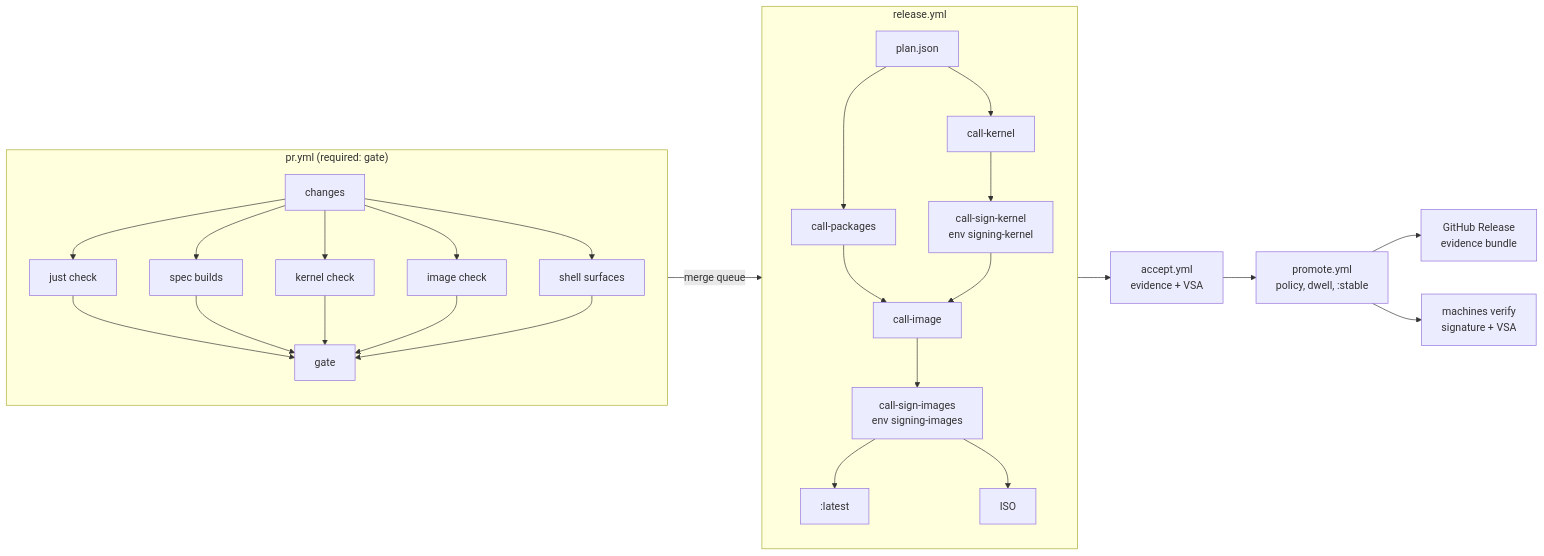
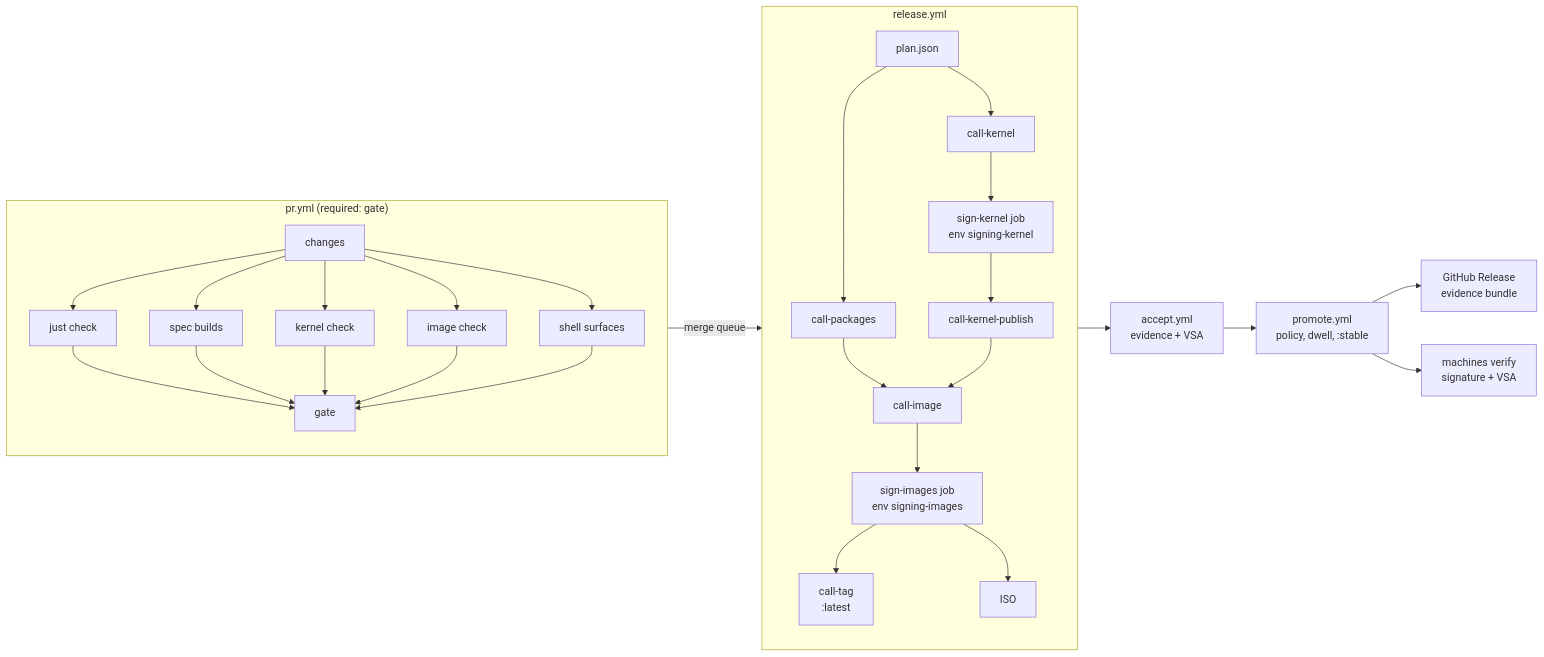
Before and after one commit to ars-regia/athanor: the diagram in docs/architecture/doc_pipeline.md, drawn with Mermaid. The commit also changed other lines of this file and 18 other files, not shown here.

````diff
--- a/docs/architecture/doc_pipeline.md
+++ b/docs/architecture/doc_pipeline.md
@@ -137,25 +152,26 @@
 ```mermaid
 flowchart LR
   subgraph PR["pr.yml (required: gate)"]
     C[changes] --> K[just check]
     C --> SB[spec builds]
     C --> KB[kernel check]
     C --> IC[image check]
     C --> SH[shell surfaces]
     K & SB & KB & IC & SH --> G[gate]
   end
   PR -->|merge queue| R
   subgraph R["release.yml"]
     P[plan.json] --> PK[call-packages]
     P --> KE[call-kernel]
-    KE --> SK[call-sign-kernel<br/>env signing-kernel]
-    PK & SK --> IM[call-image]
-    IM --> SI[call-sign-images<br/>env signing-images]
-    SI --> L[":latest"]
+    KE --> SK[sign-kernel job<br/>env signing-kernel]
+    SK --> KP[call-kernel-publish]
+    PK & KP --> IM[call-image]
+    IM --> SI[sign-images job<br/>env signing-images]
+    SI --> L["call-tag<br/>:latest"]
     SI --> ISO[ISO]
   end
   R --> A["accept.yml<br/>evidence + VSA"]
   A --> PR2["promote.yml<br/>policy, dwell, :stable"]
   PR2 --> GH["GitHub Release<br/>evidence bundle"]
   PR2 --> M["machines verify<br/>signature + VSA"]
 ```
````
